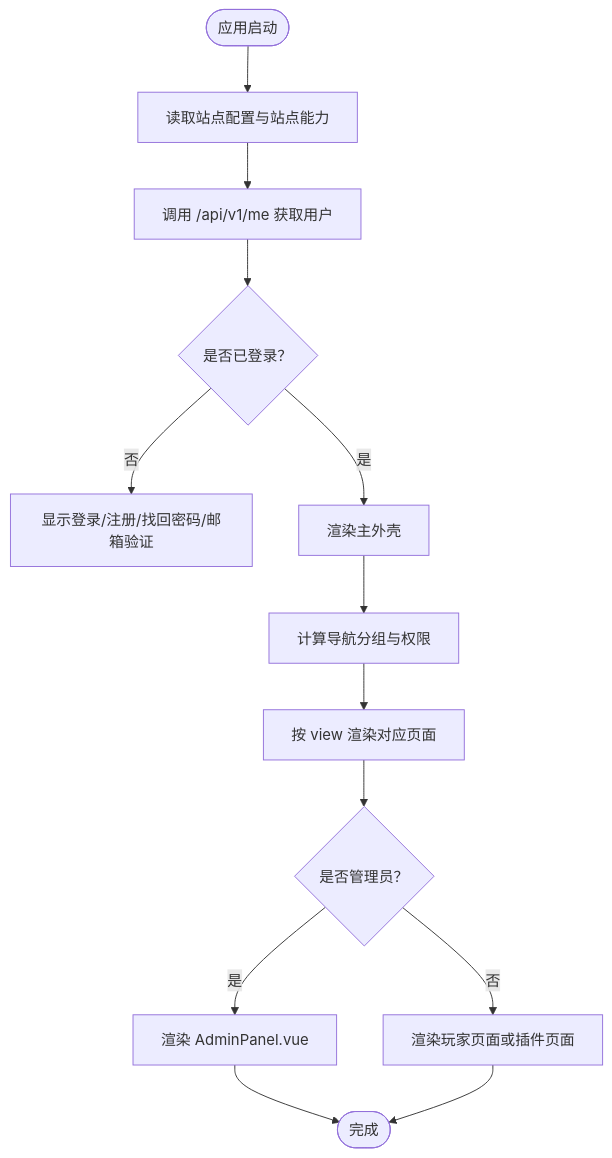
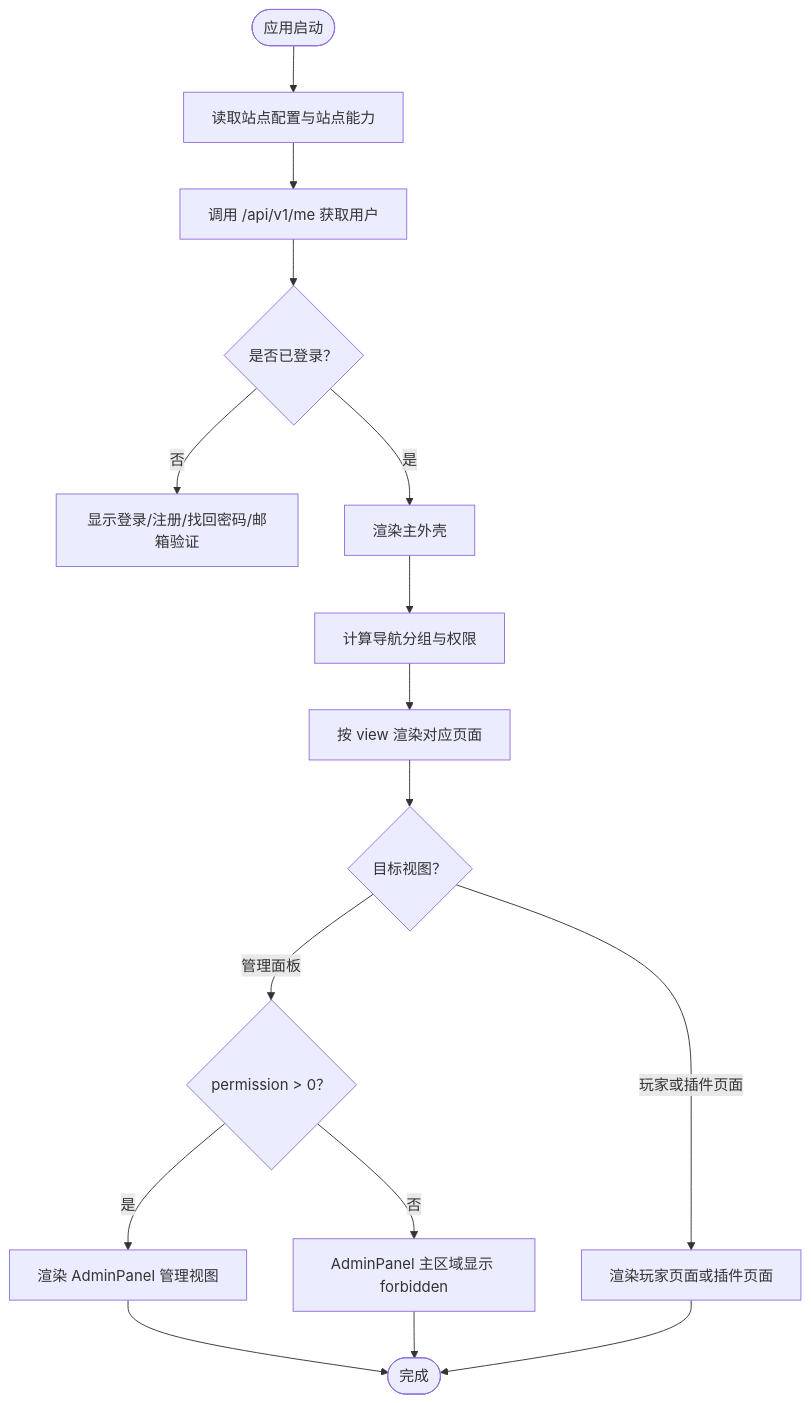
One commit to YimingZhanshen/skin-nexus changed the third of 16 diagrams in docs/handbook/前端架构.md. Above: the diagram before and after it, drawn with Mermaid. The commit also changed other lines of this file and 24 other files, not shown here.

````diff
--- a/docs/handbook/前端架构.md
+++ b/docs/handbook/前端架构.md
@@ -173,15 +173,18 @@
 ```mermaid
 flowchart TD
     Start(["应用启动"]) --> Boot["读取站点配置与站点能力"]
     Boot --> Me["调用 /api/v1/me 获取用户"]
     Me --> Decide{"是否已登录？"}
     Decide -->|否| Login["显示登录/注册/找回密码/邮箱验证"]
     Decide -->|是| Shell["渲染主外壳"]
     Shell --> Nav["计算导航分组与权限"]
     Nav --> View["按 view 渲染对应页面"]
-    View --> AdminCheck{"是否管理员？"}
-    AdminCheck -->|是| AdminView["渲染 AdminPanel.vue"]
-    AdminCheck -->|否| PlayerPages["渲染玩家页面或插件页面"]
+    View --> RouteCheck{"目标视图？"}
+    RouteCheck -->|管理面板| AdminCheck{"permission > 0？"}
+    AdminCheck -->|是| AdminView["渲染 AdminPanel 管理视图"]
+    AdminCheck -->|否| AdminForbidden["AdminPanel 主区域显示 forbidden"]
+    RouteCheck -->|玩家或插件页面| PlayerPages["渲染玩家页面或插件页面"]
     AdminView --> End(["完成"])
+    AdminForbidden --> End
     PlayerPages --> End
 ```
````
